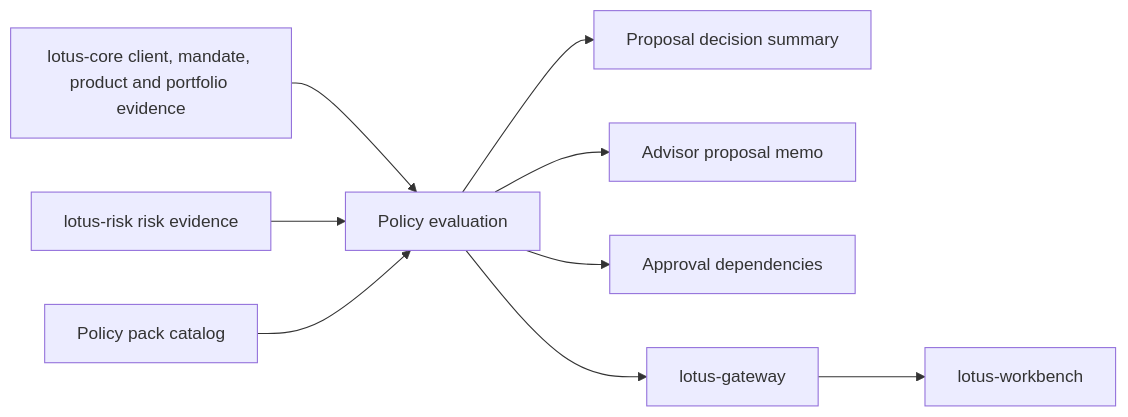
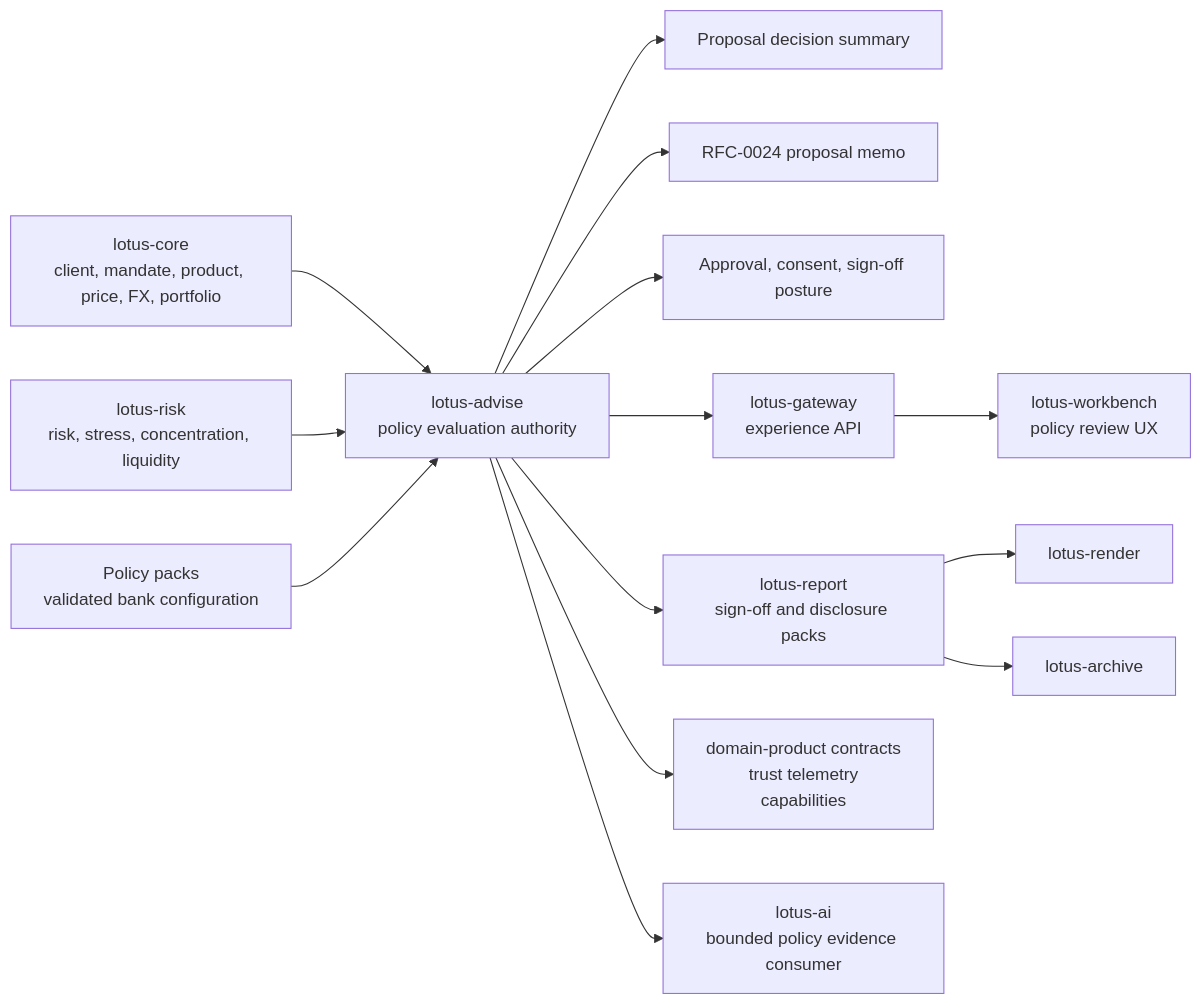
Before and after one commit to sgajbi/lotus-advise: the diagram in docs/rfcs/RFC-0025-enterprise-suitability-and-best-interest-policy-packs.md, drawn with Mermaid. The commit also changed other lines of this file, not shown here.

Commit message:
docs: tighten RFC-0025 execution plan

````diff
--- a/docs/rfcs/RFC-0025-enterprise-suitability-and-best-interest-policy-packs.md
+++ b/docs/rfcs/RFC-0025-enterprise-suitability-and-best-interest-policy-packs.md
@@ -215,11 +431,16 @@
 ```mermaid
 flowchart LR
-    Core[lotus-core client, mandate, product and portfolio evidence] --> Advise[Policy evaluation]
-    Risk[lotus-risk risk evidence] --> Advise
-    Config[Policy pack catalog] --> Advise
+    Core[lotus-core<br/>client, mandate, product, price, FX, portfolio] --> Advise[lotus-advise<br/>policy evaluation authority]
+    Risk[lotus-risk<br/>risk, stress, concentration, liquidity] --> Advise
+    Config[Policy packs<br/>validated bank configuration] --> Advise
     Advise --> Decision[Proposal decision summary]
-    Advise --> Memo[Advisor proposal memo]
-    Advise --> Approval[Approval dependencies]
-    Advise --> Gateway[lotus-gateway]
-    Gateway --> Workbench[lotus-workbench]
+    Advise --> Memo[RFC-0024 proposal memo]
+    Advise --> Approval[Approval, consent, sign-off posture]
+    Advise --> Gateway[lotus-gateway<br/>experience API]
+    Gateway --> Workbench[lotus-workbench<br/>policy review UX]
+    Advise --> Report[lotus-report<br/>sign-off and disclosure packs]
+    Report --> Render[lotus-render]
+    Report --> Archive[lotus-archive]
+    Advise --> Mesh[domain-product contracts<br/>trust telemetry<br/>capabilities]
+    Advise --> AI[lotus-ai<br/>bounded policy evidence consumer]
 ```
````
